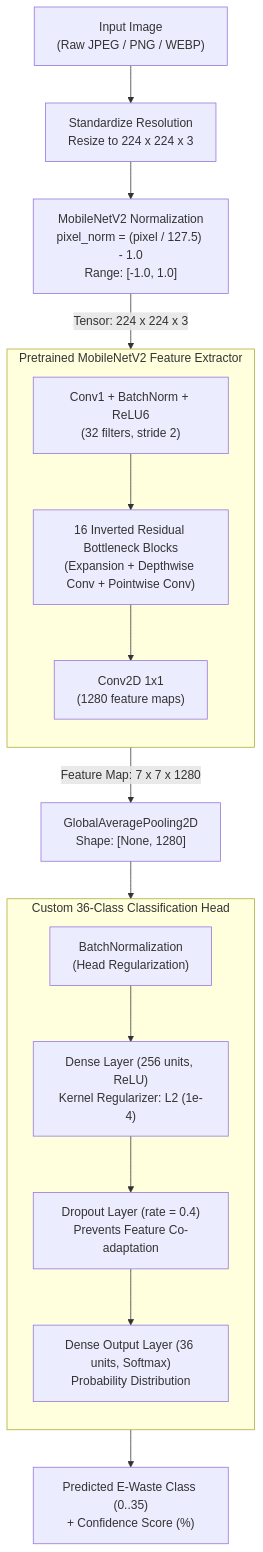
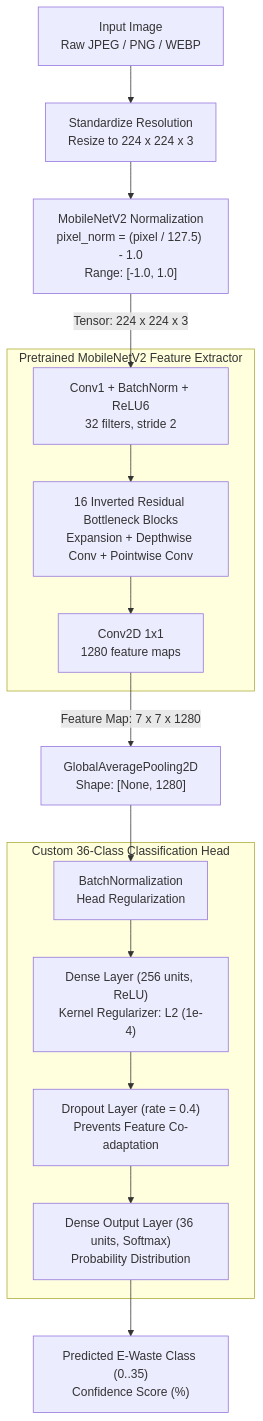
Before and after one commit to somyaparidaa/TechCycle: the second of 2 diagrams in README.md, drawn with Mermaid. The commit also changed other lines of this file, not shown here.

````diff
--- a/README.md
+++ b/README.md
@@ -136,28 +127,26 @@
 ```mermaid
 flowchart TD
-    In["Input Image\n(Raw JPEG / PNG / WEBP)"] --> P1["Standardize Resolution\nResize to 224 x 224 x 3"]
-    P1 --> P2["MobileNetV2 Normalization\npixel_norm = (pixel / 127.5) - 1.0\nRange: [-1.0, 1.0]"]
+    In["Input Image<br/>Raw JPEG / PNG / WEBP"] --> P1["Standardize Resolution<br/>Resize to 224 x 224 x 3"]
+    P1 --> P2["MobileNetV2 Normalization<br/>pixel_norm = (pixel / 127.5) - 1.0<br/>Range: [-1.0, 1.0]"]
 
     subgraph Backbone ["Pretrained MobileNetV2 Feature Extractor"]
-        direction TB
-        B1["Conv1 + BatchNorm + ReLU6\n(32 filters, stride 2)"]
-        B2["16 Inverted Residual Bottleneck Blocks\n(Expansion + Depthwise Conv + Pointwise Conv)"]
-        B3["Conv2D 1x1\n(1280 feature maps)"]
+        B1["Conv1 + BatchNorm + ReLU6<br/>32 filters, stride 2"]
+        B2["16 Inverted Residual Bottleneck Blocks<br/>Expansion + Depthwise Conv + Pointwise Conv"]
+        B3["Conv2D 1x1<br/>1280 feature maps"]
         B1 --> B2 --> B3
     end
 
     P2 -->|Tensor: 224 x 224 x 3| B1
-    B3 -->|Feature Map: 7 x 7 x 1280| GAP["GlobalAveragePooling2D\nShape: [None, 1280]"]
+    B3 -->|Feature Map: 7 x 7 x 1280| GAP["GlobalAveragePooling2D<br/>Shape: [None, 1280]"]
 
     subgraph CustomHead ["Custom 36-Class Classification Head"]
-        direction TB
-        BN["BatchNormalization\n(Head Regularization)"]
-        Dense1["Dense Layer (256 units, ReLU)\nKernel Regularizer: L2 (1e-4)"]
-        Drop["Dropout Layer (rate = 0.4)\nPrevents Feature Co-adaptation"]
-        Dense2["Dense Output Layer (36 units, Softmax)\nProbability Distribution"]
+        BN["BatchNormalization<br/>Head Regularization"]
+        Dense1["Dense Layer (256 units, ReLU)<br/>Kernel Regularizer: L2 (1e-4)"]
+        Drop["Dropout Layer (rate = 0.4)<br/>Prevents Feature Co-adaptation"]
+        Dense2["Dense Output Layer (36 units, Softmax)<br/>Probability Distribution"]
         BN --> Dense1 --> Drop --> Dense2
     end
 
     GAP --> BN
-    Dense2 --> Out["Predicted E-Waste Class (0..35)\n+ Confidence Score (%)"]
+    Dense2 --> Out["Predicted E-Waste Class (0..35)<br/>Confidence Score (%)"]
 ```
````
